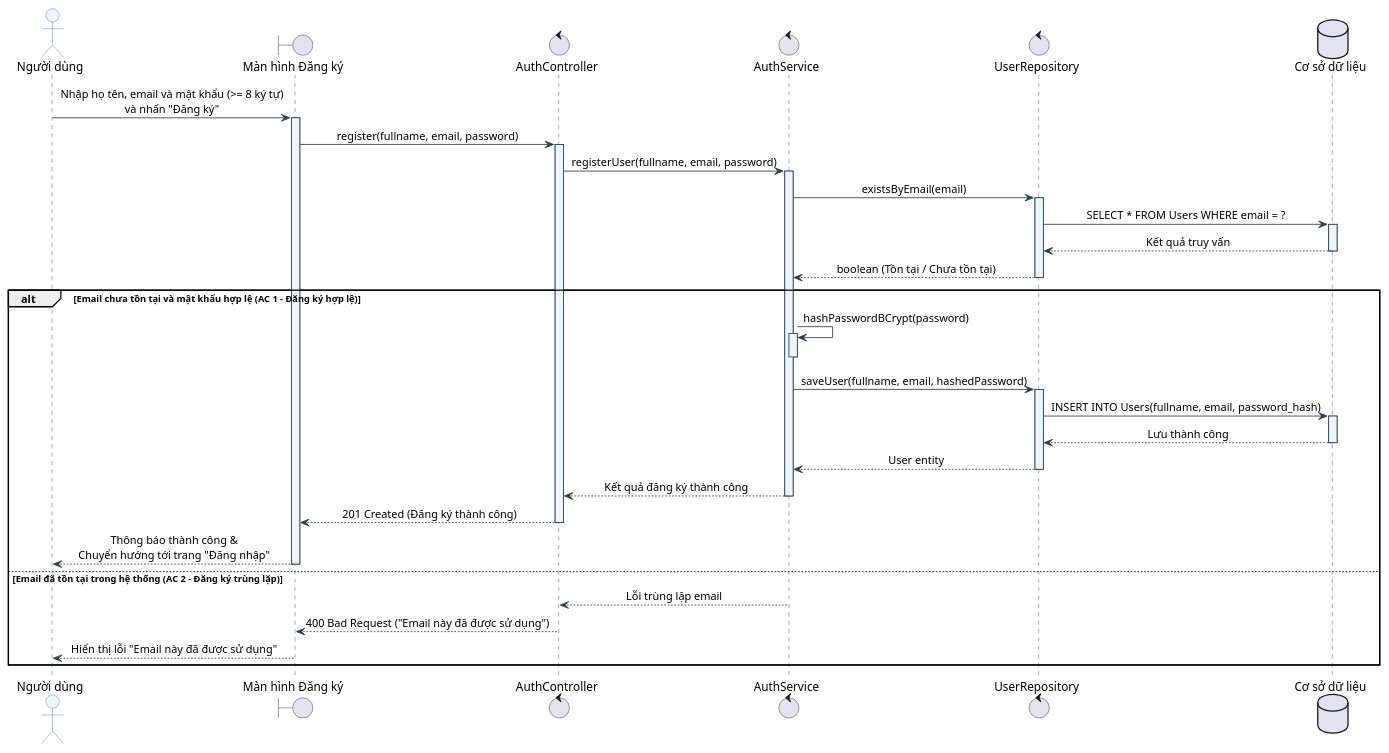
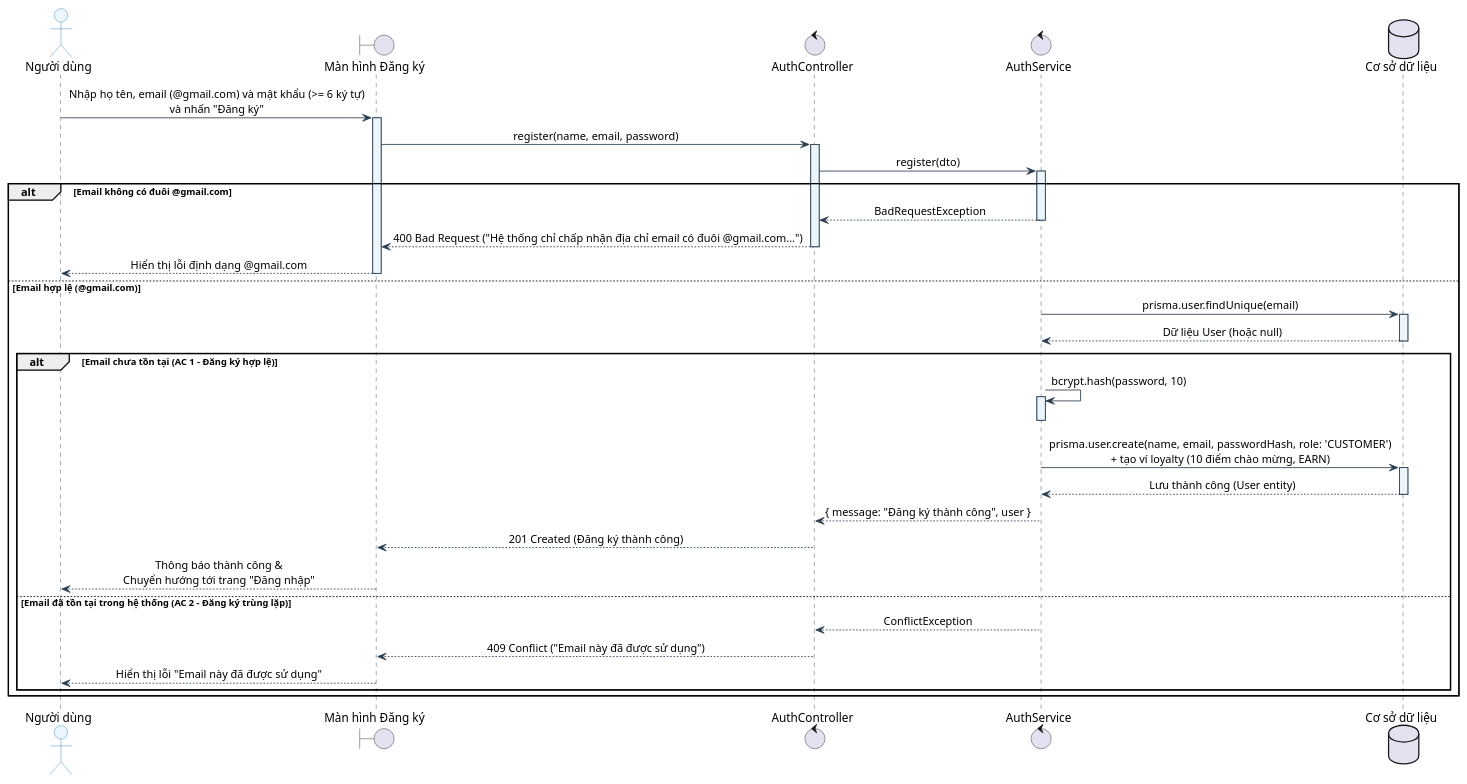
One commit to Phuc280106/BrewLite2 changed the diagram in docs/diagrams/auth/sequence-auth-register.puml. Above: the diagram before and after it, drawn with PlantUML. The commit also changed 5 other files, not shown here.

Commit message:
fix(diagram): chỉnh sửa lại các sequence auth

```diff
--- a/docs/diagrams/auth/sequence-auth-register.puml
+++ b/docs/diagrams/auth/sequence-auth-register.puml
@@ -1,53 +1,55 @@
 @startuml
 
 skinparam backgroundColor white
 skinparam sequence {
     ArrowColor #2C3E50
     LifeLineBorderColor #2C3E50
     LifeLineBorderThickness 1.5
     LifeLineBackgroundColor #EBF5FB
     ParticipantBorderColor #2980B9
     ParticipantBackgroundColor #EBF5FB
     ParticipantFontColor #1B4F72
     ActorBorderColor #2980B9
     ActorBackgroundColor #EBF5FB
     BoxBorderColor #2C3E50
     BoxBackgroundColor #FFFFFF
     MessageAlign center
     ResponseMessageBelowArrow true
 }
 
 autoactivate on
 
 actor "Người dùng" as User
 boundary "Màn hình Đăng ký" as RegisterUI
 control "AuthController" as Controller
 control "AuthService" as Service
-control "UserRepository" as Repo
 database "Cơ sở dữ liệu" as DB
 
-User -> RegisterUI : Nhập họ tên, email và mật khẩu (>= 8 ký tự)\nvà nhấn "Đăng ký"
-RegisterUI -> Controller : register(fullname, email, password)
-Controller -> Service : registerUser(fullname, email, password)
-Service -> Repo : existsByEmail(email)
-Repo -> DB : SELECT * FROM Users WHERE email = ?
-DB --> Repo : Kết quả truy vấn
-Repo --> Service : boolean (Tồn tại / Chưa tồn tại)
+User -> RegisterUI : Nhập họ tên, email (@gmail.com) và mật khẩu (>= 6 ký tự)\nvà nhấn "Đăng ký"
+RegisterUI -> Controller : register(name, email, password)
+Controller -> Service : register(dto)
 
-alt Email chưa tồn tại và mật khẩu hợp lệ (AC 1 - Đăng ký hợp lệ)
-    Service -> Service : hashPasswordBCrypt(password)
-    deactivate Service
-    Service -> Repo : saveUser(fullname, email, hashedPassword)
-    Repo -> DB : INSERT INTO Users(fullname, email, password_hash)
-    DB --> Repo : Lưu thành công
-    Repo --> Service : User entity
-    Service --> Controller : Kết quả đăng ký thành công
-    Controller --> RegisterUI : 201 Created (Đăng ký thành công)
-    RegisterUI --> User : Thông báo thành công &\nChuyển hướng tới trang "Đăng nhập"
-else Email đã tồn tại trong hệ thống (AC 2 - Đăng ký trùng lặp)
-    Service --> Controller : Lỗi trùng lặp email
-    Controller --> RegisterUI : 400 Bad Request ("Email này đã được sử dụng")
-    RegisterUI --> User : Hiển thị lỗi "Email này đã được sử dụng"
+alt Email không có đuôi @gmail.com
+    Service --> Controller : BadRequestException
+    Controller --> RegisterUI : 400 Bad Request ("Hệ thống chỉ chấp nhận địa chỉ email có đuôi @gmail.com...")
+    RegisterUI --> User : Hiển thị lỗi định dạng @gmail.com
+else Email hợp lệ (@gmail.com)
+    Service -> DB : prisma.user.findUnique(email)
+    DB --> Service : Dữ liệu User (hoặc null)
+
+    alt Email chưa tồn tại (AC 1 - Đăng ký hợp lệ)
+        Service -> Service : bcrypt.hash(password, 10)
+        deactivate Service
+        Service -> DB : prisma.user.create(name, email, passwordHash, role: 'CUSTOMER')\n+ tạo ví loyalty (10 điểm chào mừng, EARN)
+        DB --> Service : Lưu thành công (User entity)
+        Service --> Controller : { message: "Đăng ký thành công", user }
+        Controller --> RegisterUI : 201 Created (Đăng ký thành công)
+        RegisterUI --> User : Thông báo thành công &\nChuyển hướng tới trang "Đăng nhập"
+    else Email đã tồn tại trong hệ thống (AC 2 - Đăng ký trùng lặp)
+        Service --> Controller : ConflictException
+        Controller --> RegisterUI : 409 Conflict ("Email này đã được sử dụng")
+        RegisterUI --> User : Hiển thị lỗi "Email này đã được sử dụng"
+    end
 end
 
 @enduml
```
